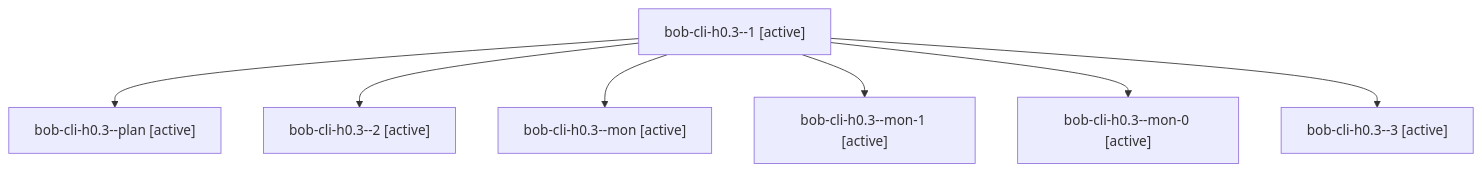
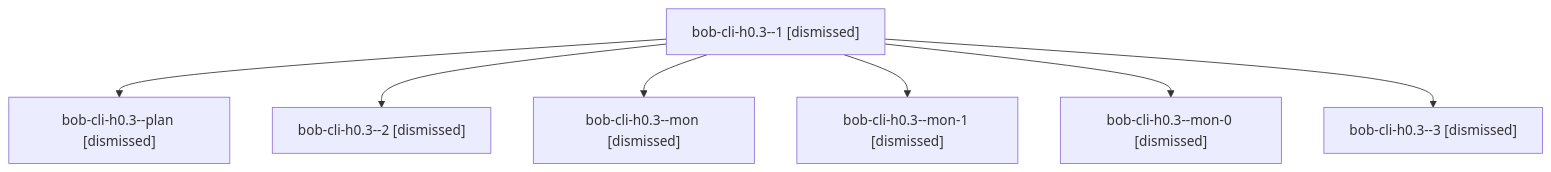
The diagram in sessions/bbugyi200.apollo.bob-cli-h0.3.md (bobs-org/bob-cli--agents), drawn with Mermaid before and after one commit. The commit also changed other lines of this file and 222 other files, not shown here.

````diff
--- a/sessions/bbugyi200.apollo.bob-cli-h0.3.md
+++ b/sessions/bbugyi200.apollo.bob-cli-h0.3.md
@@ -9,16 +9,16 @@
 ```mermaid
 flowchart TD
-  n0["bob-cli-h0.3--1 [active]"]
-  n1["bob-cli-h0.3--plan [active]"]
+  n0["bob-cli-h0.3--1 [dismissed]"]
+  n1["bob-cli-h0.3--plan [dismissed]"]
   n0 --> n1
-  n2["bob-cli-h0.3--2 [active]"]
+  n2["bob-cli-h0.3--2 [dismissed]"]
   n0 --> n2
-  n3["bob-cli-h0.3--mon [active]"]
+  n3["bob-cli-h0.3--mon [dismissed]"]
   n0 --> n3
-  n4["bob-cli-h0.3--mon-1 [active]"]
+  n4["bob-cli-h0.3--mon-1 [dismissed]"]
   n0 --> n4
-  n5["bob-cli-h0.3--mon-0 [active]"]
+  n5["bob-cli-h0.3--mon-0 [dismissed]"]
   n0 --> n5
-  n6["bob-cli-h0.3--3 [active]"]
+  n6["bob-cli-h0.3--3 [dismissed]"]
   n0 --> n6
 ```
````
